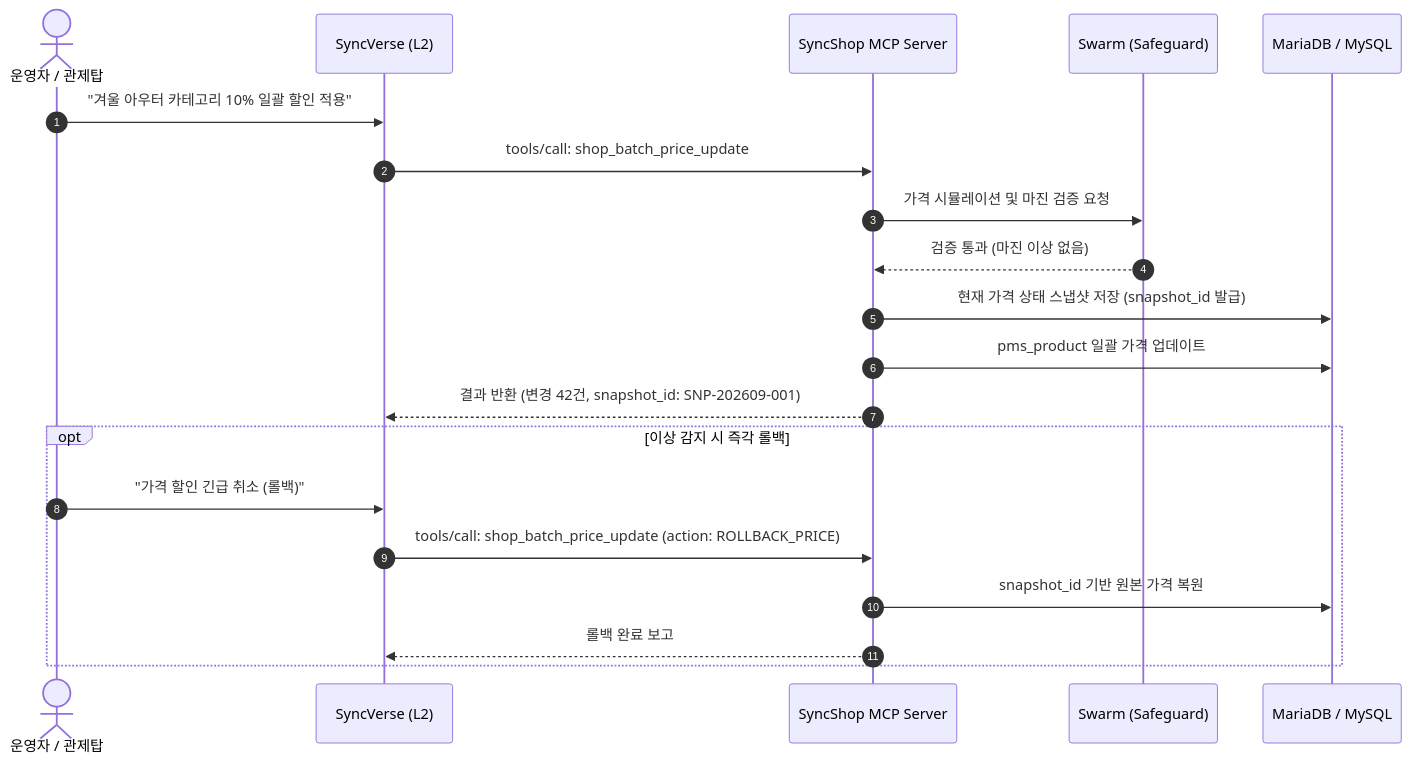
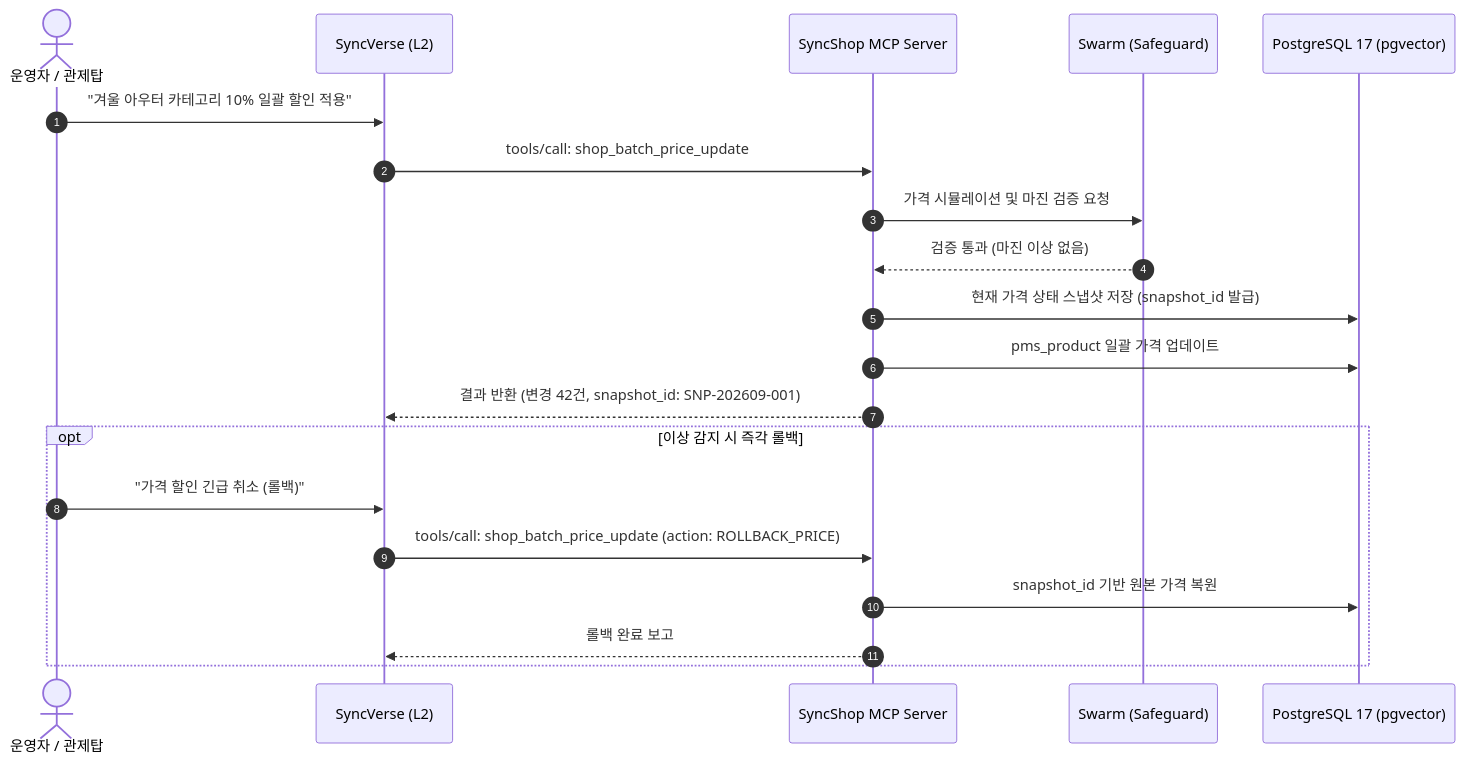
One commit to DramaticCollaboration/doc.github.io changed the second of 2 diagrams in ko/syncshop/architecture.md. Above: the diagram before and after it, drawn with Mermaid. The commit also changed other lines of this file and 49 other files, not shown here.

````diff
--- a/ko/syncshop/architecture.md
+++ b/ko/syncshop/architecture.md
@@ -76,24 +76,24 @@
 ```mermaid
 sequenceDiagram
     autonumber
     actor Admin as 운영자 / 관제탑
     participant Verse as SyncVerse (L2)
     participant ShopMcp as SyncShop MCP Server
     participant Swarm as Swarm (Safeguard)
-    participant DB as MariaDB / MySQL
+    participant DB as PostgreSQL 17 (pgvector)
 
     Admin->>Verse: "겨울 아우터 카테고리 10% 일괄 할인 적용"
     Verse->>ShopMcp: tools/call: shop_batch_price_update
     ShopMcp->>Swarm: 가격 시뮬레이션 및 마진 검증 요청
     Swarm-->>ShopMcp: 검증 통과 (마진 이상 없음)
     ShopMcp->>DB: 현재 가격 상태 스냅샷 저장 (snapshot_id 발급)
     ShopMcp->>DB: pms_product 일괄 가격 업데이트
     ShopMcp-->>Verse: 결과 반환 (변경 42건, snapshot_id: SNP-202609-001)
 
     opt 이상 감지 시 즉각 롤백
         Admin->>Verse: "가격 할인 긴급 취소 (롤백)"
         Verse->>ShopMcp: tools/call: shop_batch_price_update (action: ROLLBACK_PRICE)
         ShopMcp->>DB: snapshot_id 기반 원본 가격 복원
         ShopMcp-->>Verse: 롤백 완료 보고
     end
 ```
````
